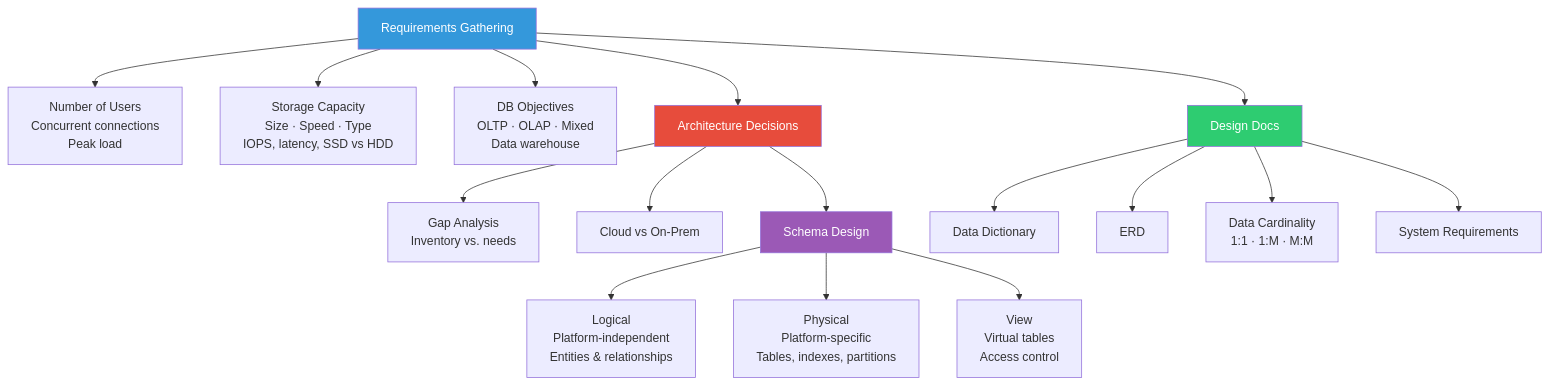
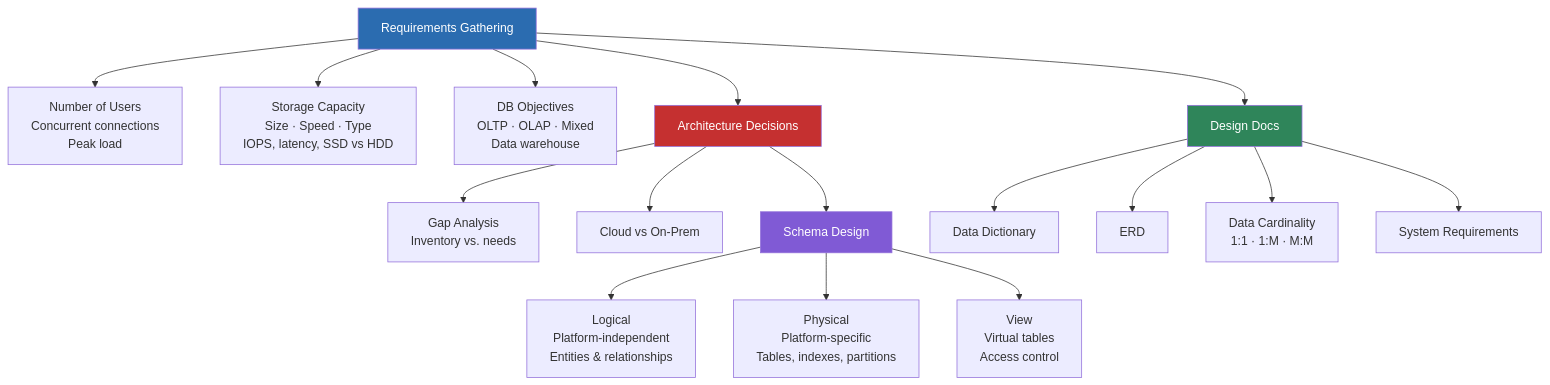
Diagram 11 of 39 in 07-Visual-Study-Diagrams.md (George-API/CompTIA_DataSys_Study_Guide), drawn with Mermaid before and after one commit. The commit also changed other lines of this file, not shown here.

Commit message:
Improvements to visual study mermaid diagrams

````diff
--- a/07-Visual-Study-Diagrams.md
+++ b/07-Visual-Study-Diagrams.md
@@ -229,26 +229,26 @@
 ```mermaid
 flowchart TD
-    REQ["Requirements Gathering"] --> USERS["Number of Users\nConcurrent connections\nPeak load"]
-    REQ --> STOR["Storage Capacity\nSize · Speed · Type\nIOPS, latency, SSD vs HDD"]
-    REQ --> OBJ["DB Objectives\nOLTP · OLAP · Mixed\nData warehouse"]
+    REQ["Requirements Gathering"] --> USERS["Number of Users<br/>Concurrent connections<br/>Peak load"]
+    REQ --> STOR["Storage Capacity<br/>Size · Speed · Type<br/>IOPS, latency, SSD vs HDD"]
+    REQ --> OBJ["DB Objectives<br/>OLTP · OLAP · Mixed<br/>Data warehouse"]
 
     REQ --> ARCH["Architecture Decisions"]
-    ARCH --> GAP["Gap Analysis\nInventory vs. needs"]
+    ARCH --> GAP["Gap Analysis<br/>Inventory vs. needs"]
     ARCH --> CLOUD["Cloud vs On-Prem"]
     ARCH --> SCHEMA["Schema Design"]
 
-    SCHEMA --> LOG["Logical\nPlatform-independent\nEntities & relationships"]
-    SCHEMA --> PHYS["Physical\nPlatform-specific\nTables, indexes, partitions"]
-    SCHEMA --> VIEW["View\nVirtual tables\nAccess control"]
+    SCHEMA --> LOG["Logical<br/>Platform-independent<br/>Entities & relationships"]
+    SCHEMA --> PHYS["Physical<br/>Platform-specific<br/>Tables, indexes, partitions"]
+    SCHEMA --> VIEW["View<br/>Virtual tables<br/>Access control"]
 
     REQ --> DOCS["Design Docs"]
     DOCS --> DD["Data Dictionary"]
     DOCS --> ERD["ERD"]
-    DOCS --> CARD["Data Cardinality\n1:1 · 1:M · M:M"]
+    DOCS --> CARD["Data Cardinality<br/>1:1 · 1:M · M:M"]
     DOCS --> SYSREQ["System Requirements"]
 
-    style REQ fill:#3498db,color:#fff
-    style ARCH fill:#e74c3c,color:#fff
-    style SCHEMA fill:#9b59b6,color:#fff
-    style DOCS fill:#2ecc71,color:#fff
+    style REQ fill:#2B6CB0,color:#fff
+    style ARCH fill:#C53030,color:#fff
+    style SCHEMA fill:#805AD5,color:#fff
+    style DOCS fill:#2F855A,color:#fff
 ```
````
